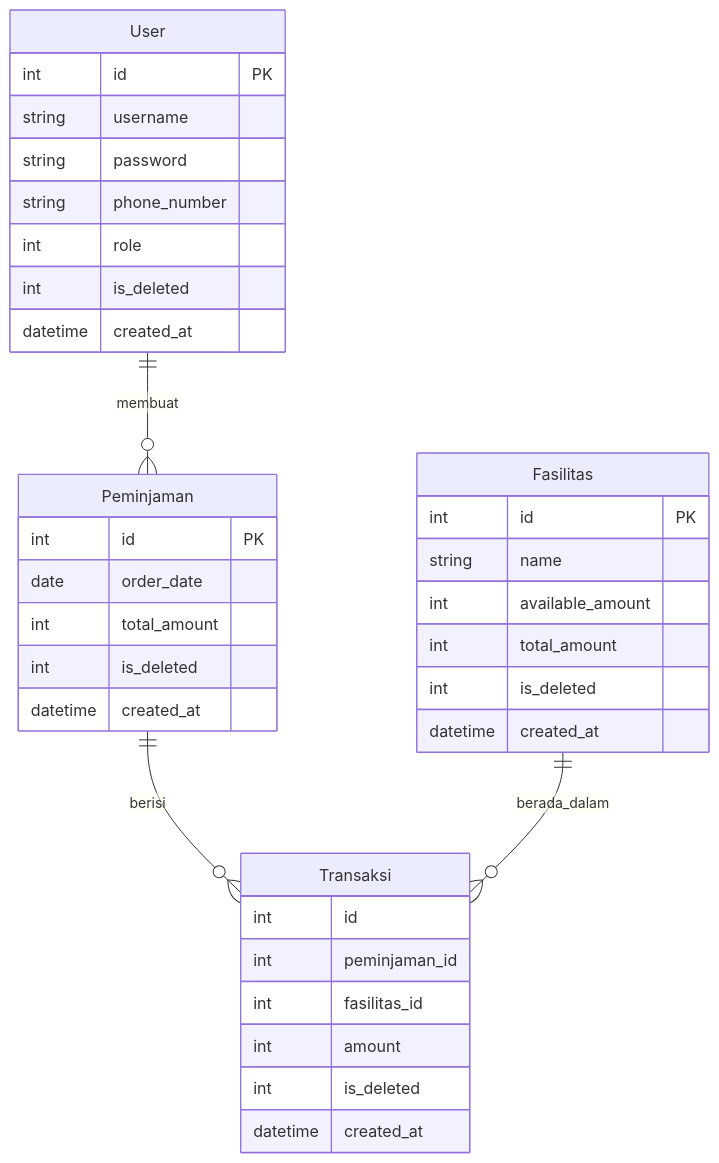
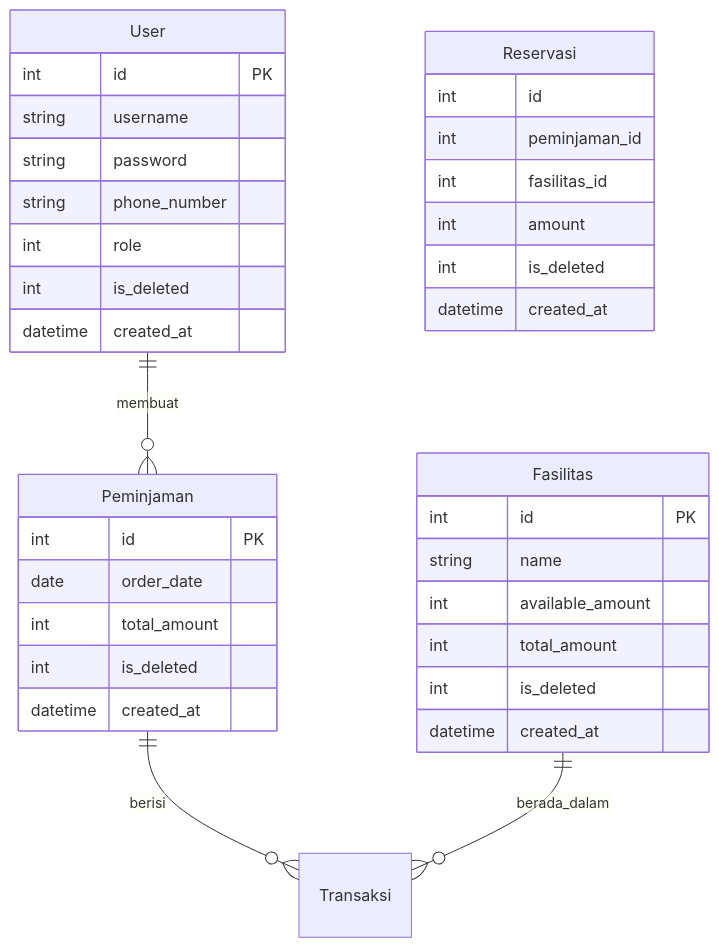
The diagram in README.md (dimcoord/Fasilitas), drawn with Mermaid before and after one commit. The commit also changed 6 other files, not shown here.

````diff
--- a/README.md
+++ b/README.md
@@ -6,39 +6,39 @@
 ```mermaid
 erDiagram
     User {
         int id PK
         string username
         string password
         string phone_number
         int role
         int is_deleted
         datetime created_at
     }
     Peminjaman {
         int id PK
         date order_date
         int total_amount
         int is_deleted
         datetime created_at
     }
     Fasilitas {
         int id PK
         string name
         int available_amount
         int total_amount
         int is_deleted
         datetime created_at
     }
-    Transaksi {
+    Reservasi {
         int id
         int peminjaman_id
         int fasilitas_id
         int amount
         int is_deleted
         datetime created_at
     }
     
     User ||--o{ Peminjaman : membuat
     Peminjaman ||--o{ Transaksi : berisi
     Fasilitas ||--o{ Transaksi : berada_dalam
 ```
````
